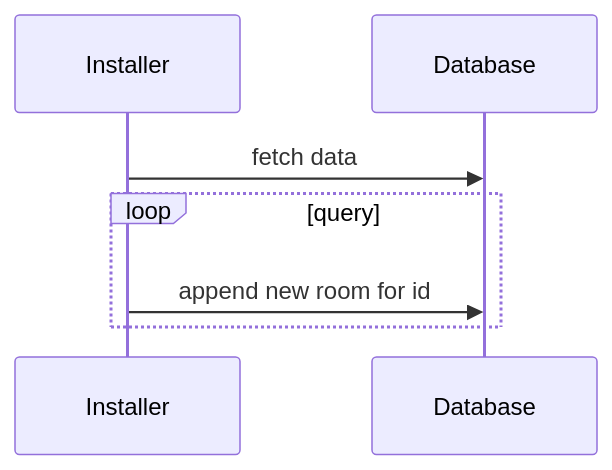
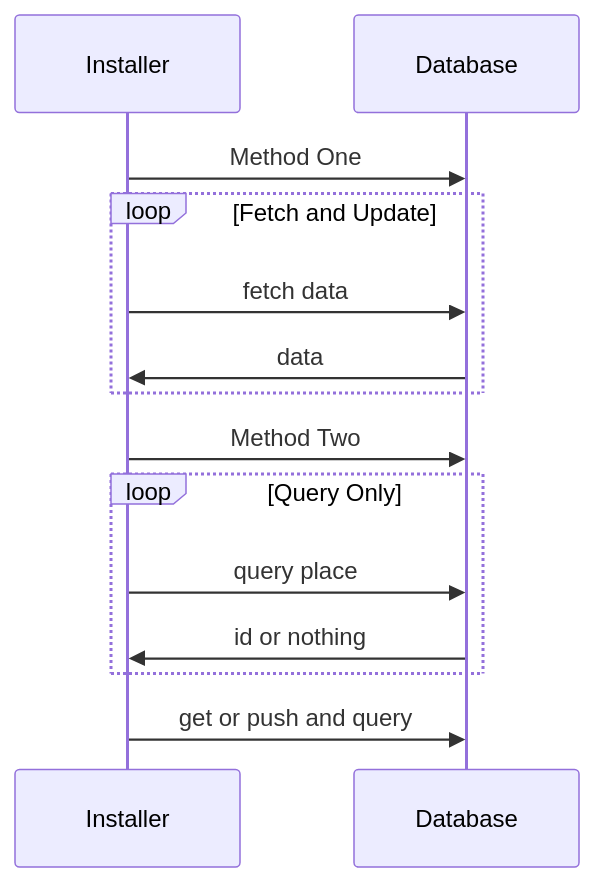
One commit to HUGHNew/Cids-Installer changed the second of 2 diagrams in Structure.md. Above: the diagram before and after it, drawn with Mermaid. The commit also changed other lines of this file and 2 other files, not shown here.

Commit message:
[:ambulance:] finish db basically

````diff
--- a/Structure.md
+++ b/Structure.md
@@ -11,7 +11,14 @@
 ```mermaid
 sequenceDiagram
-Installer ->> Database : fetch data
-loop query
-	Installer ->> Database : append new room for id
+Installer ->> Database : Method One
+loop Fetch and Update
+	Installer ->> Database : fetch data
+	Database ->> Installer : data
 end
+Installer ->> Database : Method Two
+loop Query Only
+	Installer ->> Database : query place
+	Database ->> Installer : id or nothing
+end
+Installer ->> Database : get or push and query
 ```
````
